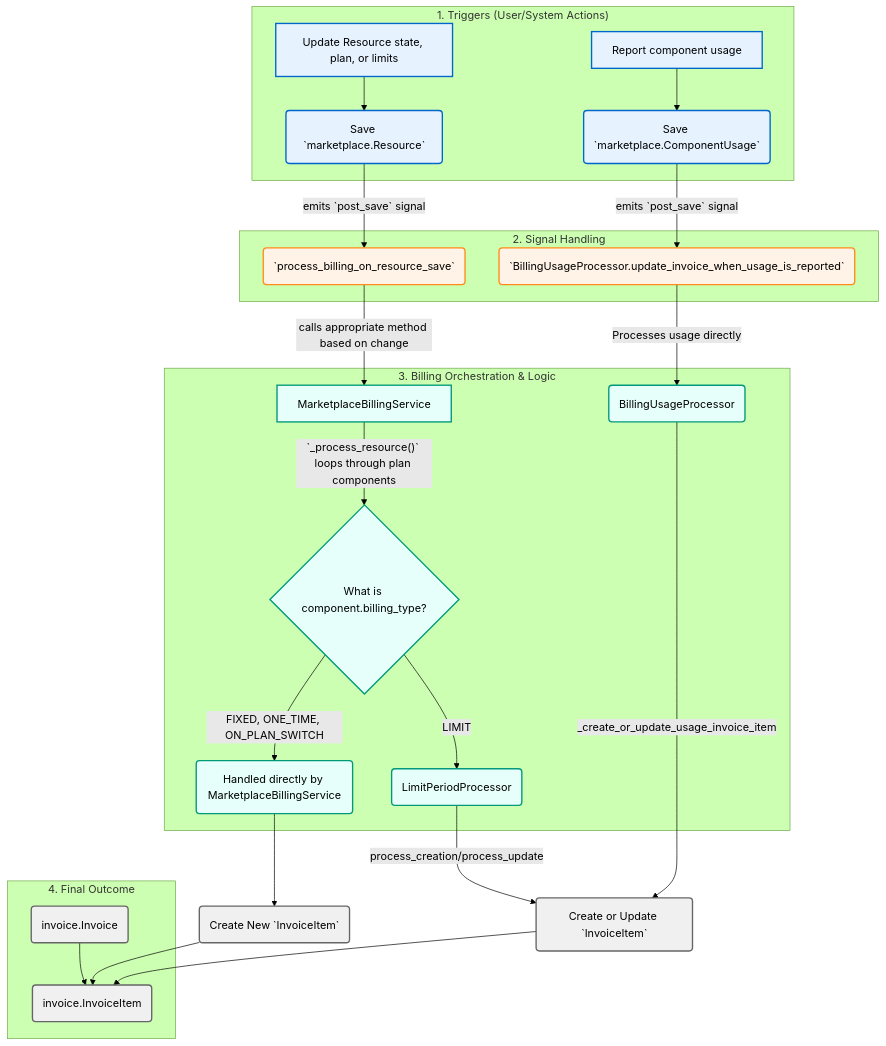
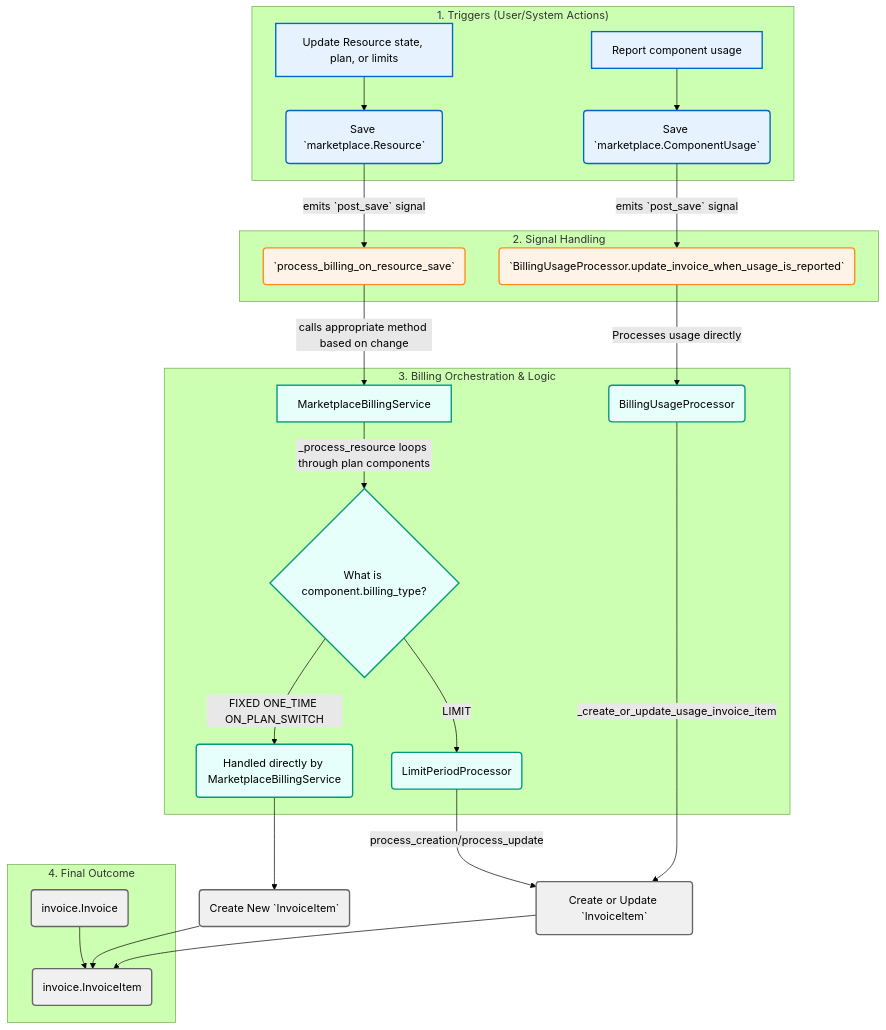
One commit to waldur/waldur-docs changed the fifth of 7 diagrams in docs/developer-guide/core-concepts/marketplace.md. Above: the diagram before and after it, drawn with Mermaid (forest theme). The commit also changed other lines of this file and 34 other files, not shown here.

````diff
--- a/docs/developer-guide/core-concepts/marketplace.md
+++ b/docs/developer-guide/core-concepts/marketplace.md
@@ -324,49 +324,49 @@
 ```mermaid
 graph TD
     subgraph "1. Triggers (User/System Actions)"
         TR_Action[Update Resource state, plan, or limits] --> TR_SaveResource(Save `marketplace.Resource`)
         TR_Usage[Report component usage] --> TR_SaveUsage(Save `marketplace.ComponentUsage`)
     end
 
     subgraph "2. Signal Handling"
         TR_SaveResource -- emits `post_save` signal --> SH_ResourceHandler(`process_billing_on_resource_save`)
         TR_SaveUsage -- emits `post_save` signal --> SH_UsageHandler(`BillingUsageProcessor.update_invoice_when_usage_is_reported`)
     end
 
     subgraph "3. Billing Orchestration & Logic"
         MBS[MarketplaceBillingService]
 
         SH_ResourceHandler -- calls appropriate method based on change --> MBS
 
-        MBS -- `_process_resource()` loops through plan components --> Decision_BillingType{What is component.billing_type?}
+        MBS -->|_process_resource loops through plan components| Decision_BillingType{What is component.billing_type?}
 
-        Decision_BillingType -- FIXED, ONE_TIME, ON_PLAN_SWITCH --> Logic_Simple(Handled directly by MarketplaceBillingService)
-        Decision_BillingType -- LIMIT --> Logic_Limit(LimitPeriodProcessor)
+        Decision_BillingType -->|FIXED ONE_TIME ON_PLAN_SWITCH| Logic_Simple(Handled directly by MarketplaceBillingService)
+        Decision_BillingType -->|LIMIT| Logic_Limit(LimitPeriodProcessor)
 
-        SH_UsageHandler -- Processes usage directly --> Logic_Usage(BillingUsageProcessor)
+        SH_UsageHandler -->|Processes usage directly| Logic_Usage(BillingUsageProcessor)
     end
 
     subgraph "4. Final Outcome"
         Invoice(invoice.Invoice)
         InvoiceItem(invoice.InvoiceItem)
         Invoice --> InvoiceItem
     end
 
     Logic_Simple --> Action_CreateItem(Create New `InvoiceItem`)
     Logic_Limit -- process_creation/process_update --> Action_CreateOrUpdateItem(Create or Update `InvoiceItem`)
     Logic_Usage -- _create_or_update_usage_invoice_item --> Action_CreateOrUpdateItem
 
     Action_CreateItem --> InvoiceItem
     Action_CreateOrUpdateItem --> InvoiceItem
 
     %% Styling
     classDef trigger fill:#e6f3ff,stroke:#0066cc,stroke-width:2px;
     classDef handler fill:#fff2e6,stroke:#ff8c1a,stroke-width:2px;
     classDef service fill:#e6fffa,stroke:#00997a,stroke-width:2px;
     classDef outcome fill:#f0f0f0,stroke:#666,stroke-width:2px;
 
     class TR_Action,TR_Usage,TR_SaveResource,TR_SaveUsage trigger;
     class SH_ResourceHandler,SH_UsageHandler handler;
     class MBS,Decision_BillingType,Logic_Simple,Logic_Limit,Logic_Usage service;
     class Invoice,InvoiceItem,Action_CreateItem,Action_CreateOrUpdateItem outcome;
 ```
````
